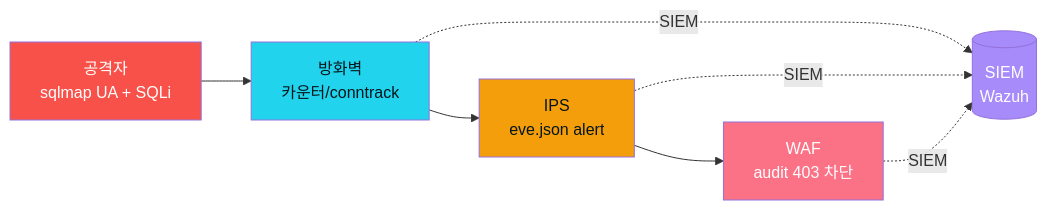
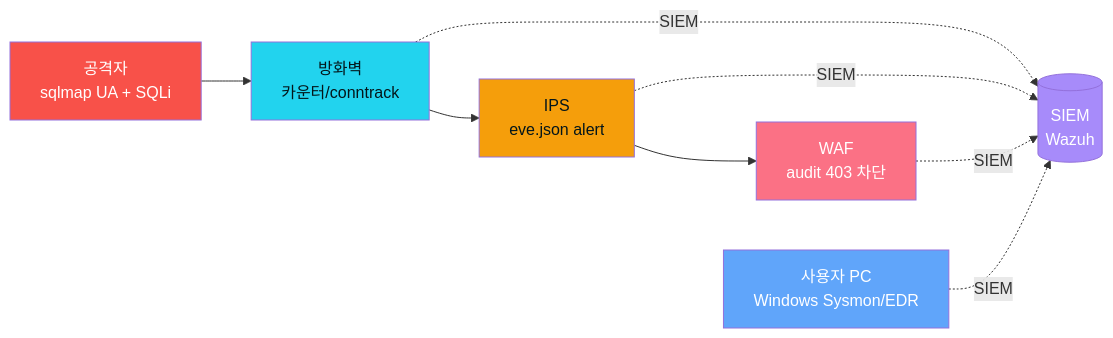
The diagram in contents/standalone/lecture/secuops-easy/lecture_week06.md (mrgrit/ccc), drawn with Mermaid before and after one commit. The commit also changed other lines of this file, not shown here.

First line of the commit message:
feat(secuops-easy W6): capstone 4계층 확장 — 장비3 + Windows 엔드포인트(EDR)

````diff
--- a/contents/standalone/lecture/secuops-easy/lecture_week06.md
+++ b/contents/standalone/lecture/secuops-easy/lecture_week06.md
@@ -95,14 +96,17 @@
 ```mermaid
 graph LR
     A[공격자<br/>sqlmap UA + SQLi] --> FW[방화벽<br/>카운터/conntrack]
     FW --> IPS[IPS<br/>eve.json alert]
     IPS --> WAF[WAF<br/>audit 403 차단]
+    WIN[사용자 PC<br/>Windows Sysmon/EDR]
     FW -.SIEM.-> S[(SIEM<br/>Wazuh)]
     IPS -.SIEM.-> S
     WAF -.SIEM.-> S
+    WIN -.SIEM.-> S
     style A fill:#f85149,color:#fff
     style FW fill:#22d3ee,color:#04161a
     style IPS fill:#f59e0b,color:#04161a
     style WAF fill:#fb7185,color:#fff
+    style WIN fill:#60a5fa,color:#fff
     style S fill:#a78bfa,color:#fff
 ```
````
